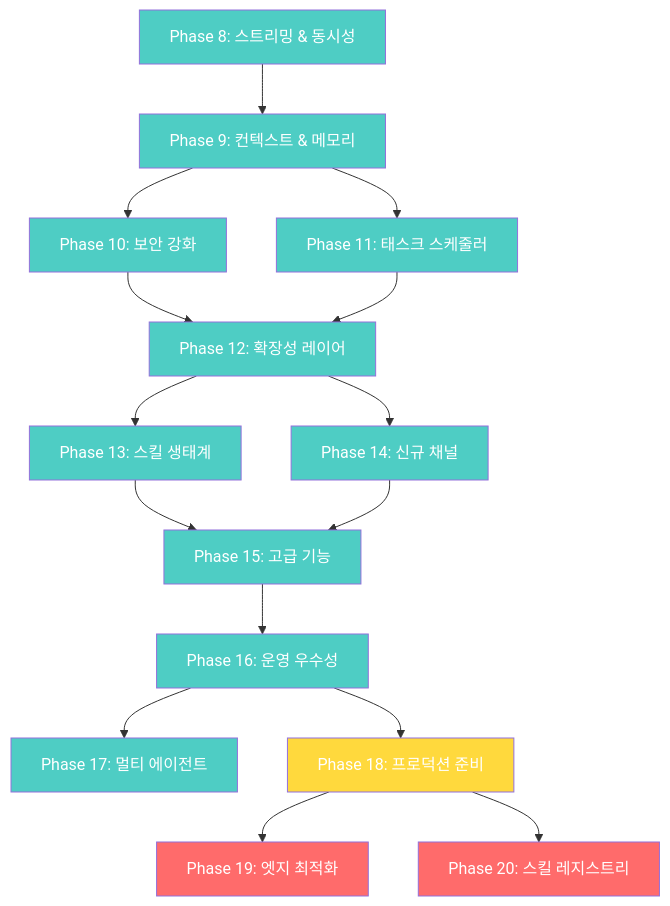
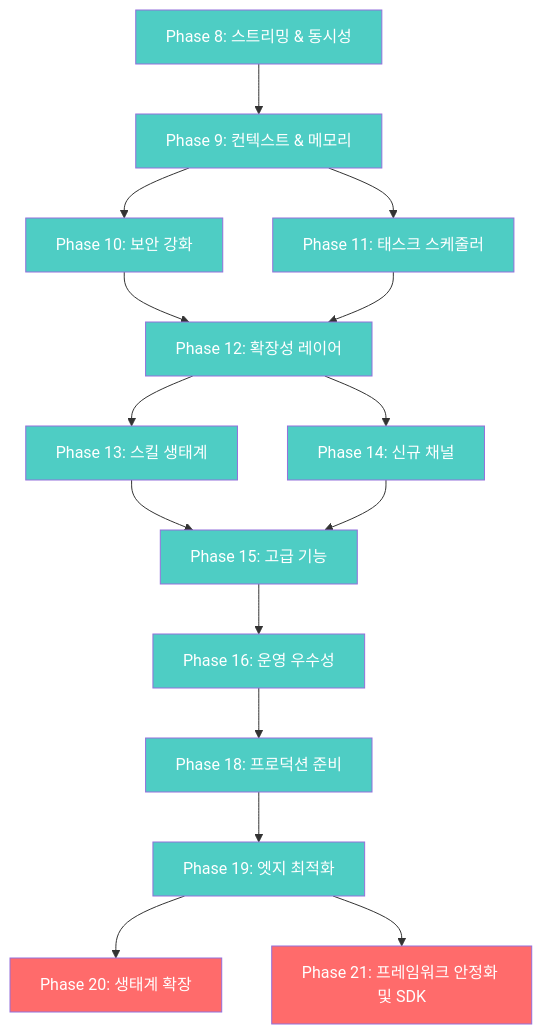
Before and after one commit to ashuksingh11/tizenclaw: the second of 2 diagrams in docs/ROADMAP_KOR.md, drawn with Mermaid. The commit also changed other lines of this file and 6 other files, not shown here.

````diff
--- a/docs/ROADMAP_KOR.md
+++ b/docs/ROADMAP_KOR.md
@@ -884,31 +892,31 @@
 ```mermaid
 graph TD
     P8[Phase 8: 스트리밍 & 동시성] --> P9[Phase 9: 컨텍스트 & 메모리]
     P9 --> P10[Phase 10: 보안 강화]
     P9 --> P11[Phase 11: 태스크 스케줄러]
     P10 --> P12[Phase 12: 확장성 레이어]
     P11 --> P12
     P12 --> P13[Phase 13: 스킬 생태계]
     P12 --> P14[Phase 14: 신규 채널]
     P13 --> P15[Phase 15: 고급 기능]
     P14 --> P15
     P15 --> P16[Phase 16: 운영 우수성]
-    P16 --> P17[Phase 17: 멀티 에이전트]
     P16 --> P18[Phase 18: 프로덕션 준비]
     P18 --> P19[Phase 19: 엣지 최적화]
-    P18 --> P20[Phase 20: 스킬 레지스트리]
+    P19 --> P20[Phase 20: 생태계 확장]
+    P19 --> P21[Phase 21: 프레임워크 안정화 및 SDK]
 
     style P8 fill:#4ecdc4,color:#fff
     style P9 fill:#4ecdc4,color:#fff
     style P10 fill:#4ecdc4,color:#fff
     style P11 fill:#4ecdc4,color:#fff
     style P12 fill:#4ecdc4,color:#fff
     style P13 fill:#4ecdc4,color:#fff
     style P14 fill:#4ecdc4,color:#fff
     style P15 fill:#4ecdc4,color:#fff
     style P16 fill:#4ecdc4,color:#fff
-    style P17 fill:#4ecdc4,color:#fff
-    style P18 fill:#ffd93d,color:#fff
-    style P19 fill:#ff6b6b,color:#fff
+    style P18 fill:#4ecdc4,color:#fff
+    style P19 fill:#4ecdc4,color:#fff
     style P20 fill:#ff6b6b,color:#fff
+    style P21 fill:#ff6b6b,color:#fff
 ```
````
